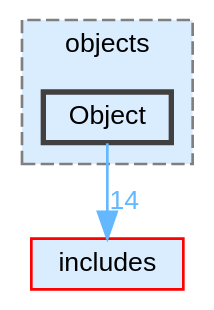
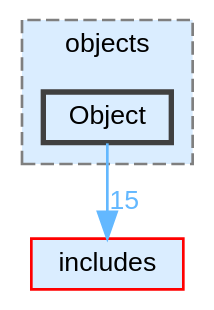
Before and after one commit to JS-CMP/JS-CMP: the diagram in dir_1fe854bcec9b56b8f4dc10d84ac4f9dd_dep.dot, drawn with Graphviz. The commit also changed 233 other files, not shown here.

```diff
--- a/dir_1fe854bcec9b56b8f4dc10d84ac4f9dd_dep.dot
+++ b/dir_1fe854bcec9b56b8f4dc10d84ac4f9dd_dep.dot
@@ -1,14 +1,14 @@
 digraph "lib/types/objects/Object"
 {
  // LATEX_PDF_SIZE
   bgcolor="transparent";
   edge [fontname=Helvetica,fontsize=10,labelfontname=Helvetica,labelfontsize=10];
   node [fontname=Helvetica,fontsize=10,shape=box,height=0.2,width=0.4];
   compound=true
   subgraph clusterdir_5cf2d1decf7560474321a2736fa1e755 {
     graph [ bgcolor="#daedff", pencolor="grey50", label="objects", fontname=Helvetica,fontsize=10 style="filled,dashed", URL="dir_5cf2d1decf7560474321a2736fa1e755.html",tooltip=""]
   dir_1fe854bcec9b56b8f4dc10d84ac4f9dd [label="Object", fillcolor="#daedff", color="grey25", style="filled,bold", URL="dir_1fe854bcec9b56b8f4dc10d84ac4f9dd.html",tooltip=""];
   }
   dir_09e761304027c904456130627fd4dcf5 [label="includes", fillcolor="#daedff", color="red", style="filled", URL="dir_09e761304027c904456130627fd4dcf5.html",tooltip=""];
-  dir_1fe854bcec9b56b8f4dc10d84ac4f9dd->dir_09e761304027c904456130627fd4dcf5 [headlabel="14", labeldistance=1.5 headhref="dir_000009_000004.html" href="dir_000009_000004.html" color="steelblue1" fontcolor="steelblue1"];
+  dir_1fe854bcec9b56b8f4dc10d84ac4f9dd->dir_09e761304027c904456130627fd4dcf5 [headlabel="15", labeldistance=1.5 headhref="dir_000010_000005.html" href="dir_000010_000005.html" color="steelblue1" fontcolor="steelblue1"];
 }
```
